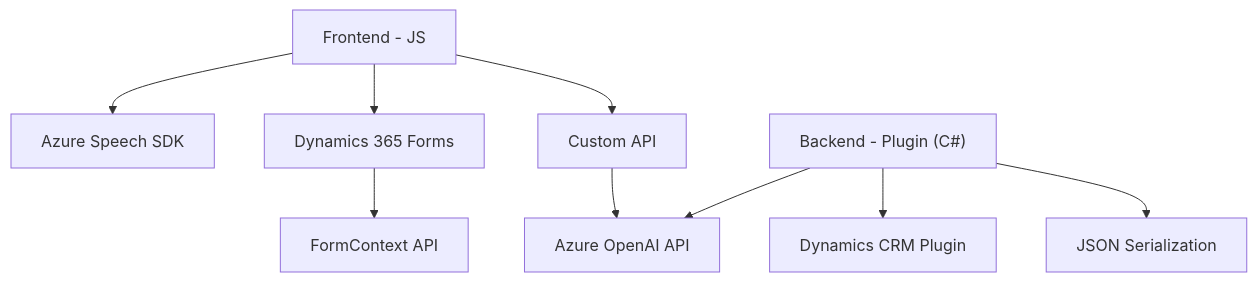
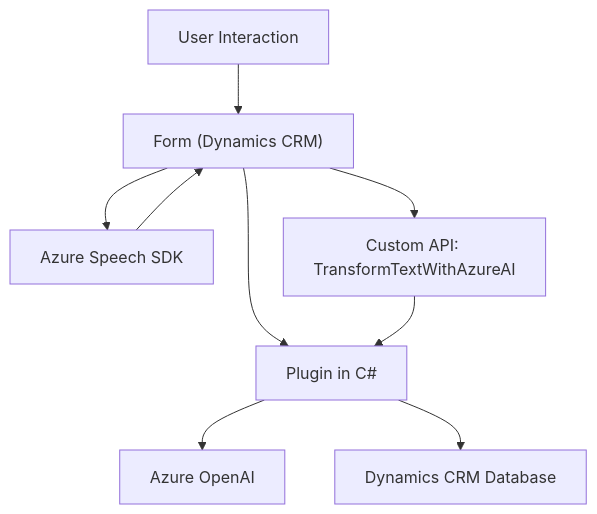
The diagram in README.md (blopezdm/NETCORE_BILBAO2025), drawn with Mermaid before and after one commit. The commit also changed other lines of this file, not shown here.

````diff
--- a/README.md
+++ b/README.md
@@ -37,13 +39,19 @@
 ```mermaid
 graph TD
-    A["Frontend - JS"] --> B["Azure Speech SDK"]
-    A --> C["Custom API"]
-    A --> D["Dynamics 365 Forms"]
-    D --> E["FormContext API"]
+  A[User Interaction]
+  B["Form (Dynamics CRM)"]
+  C["Azure Speech SDK"]
+  D["Azure OpenAI"]
+  E["Custom API: TransformTextWithAzureAI"]
+  F["Plugin in C#"]
+  G["Dynamics CRM Database"]
 
-    F["Backend - Plugin (C#)"] --> G["Dynamics CRM Plugin"]
-    F --> H["Azure OpenAI API"]
-    F --> I["JSON Serialization"]
-    
-    C --> H
+  A --> B
+  B --> C
+  B --> E
+  B --> F
+  C --> B
+  E --> F
+  F --> D
+  F --> G
 ```
````
